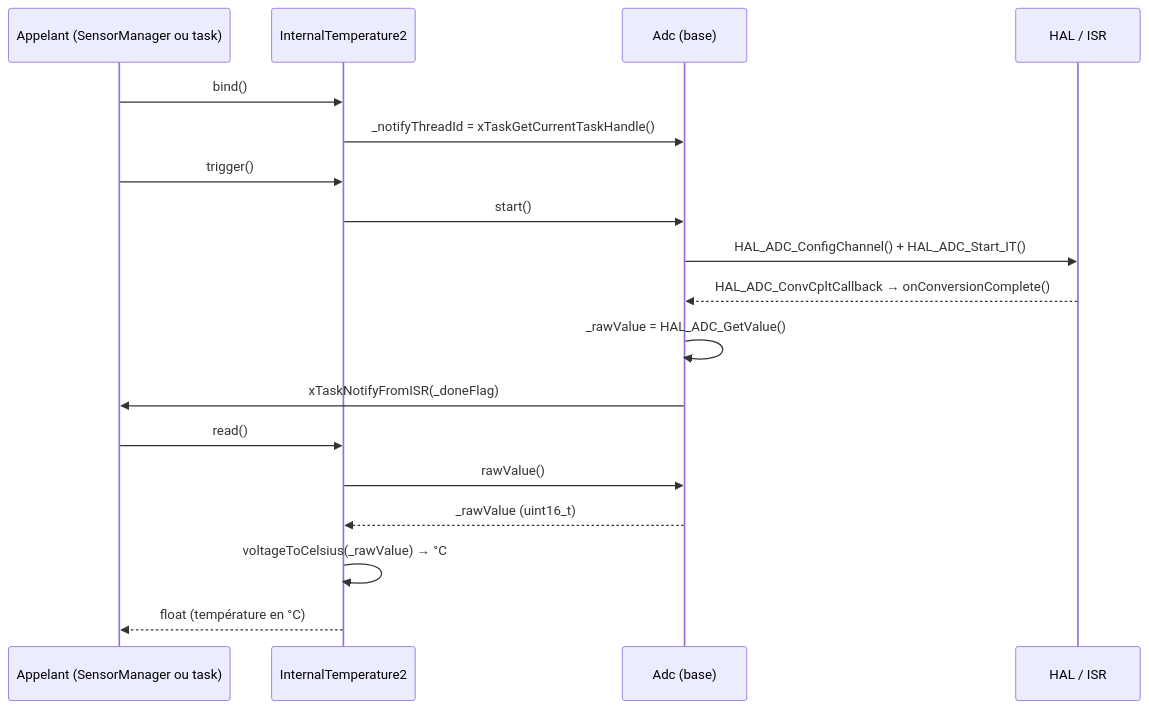
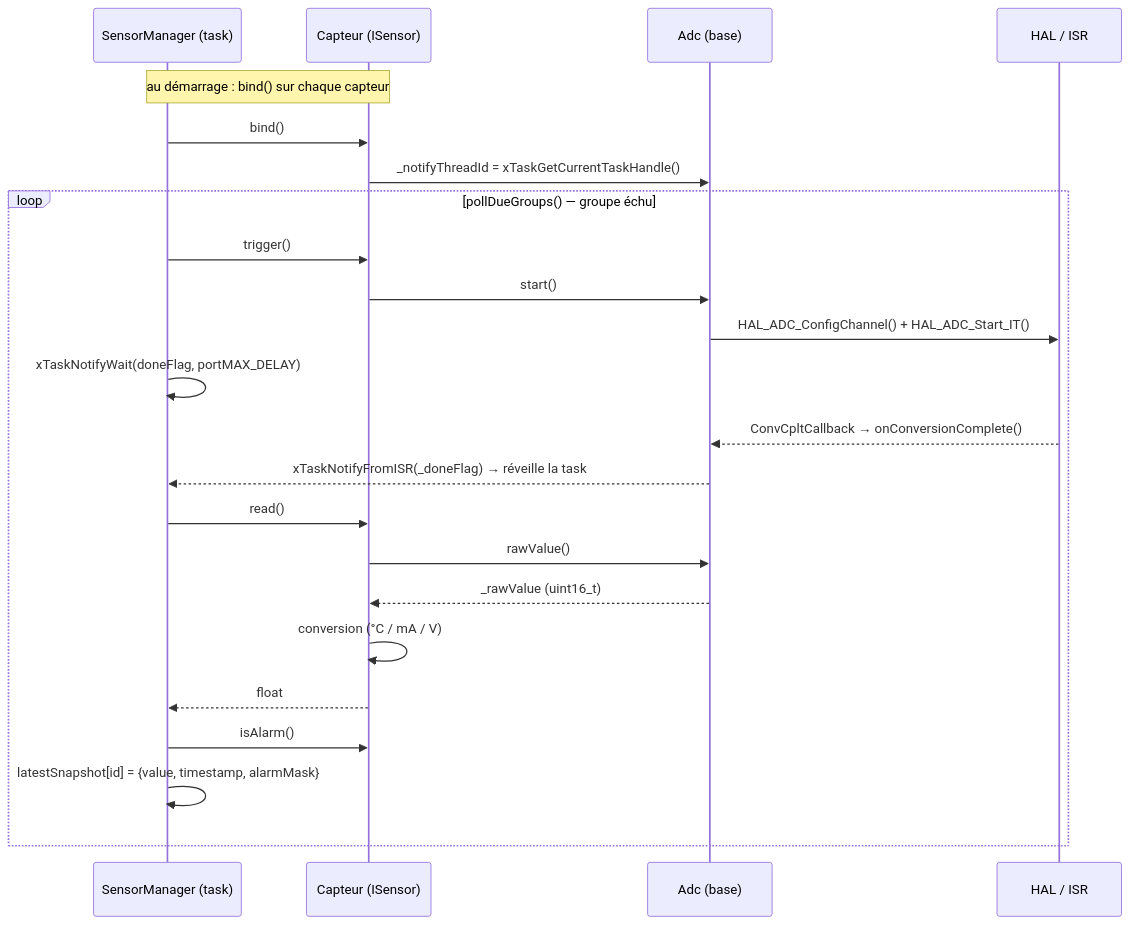
One commit to Soupalognon/Wall-A-Software changed the third of 3 diagrams in architecture_sensors2.md. Above: the diagram before and after it, drawn with Mermaid. The commit also changed other lines of this file and 10 other files, not shown here.

Commit message:
Complete refactor Adc system

````diff
--- a/architecture_sensors2.md
+++ b/architecture_sensors2.md
@@ -92,24 +122,29 @@
 ```mermaid
 sequenceDiagram
-    participant C  as Appelant (SensorManager ou task)
-    participant IT as InternalTemperature2
+    participant SM as SensorManager (task)
+    participant S  as Capteur (ISensor)
     participant A  as Adc (base)
     participant H  as HAL / ISR
 
-    C->>IT: bind()
-    IT->>A: _notifyThreadId = xTaskGetCurrentTaskHandle()
+    Note over SM,S: au démarrage : bind() sur chaque capteur
+    SM->>S: bind()
+    S->>A: _notifyThreadId = xTaskGetCurrentTaskHandle()
 
-    C->>IT: trigger()
-    IT->>A: start()
-    A->>H: HAL_ADC_ConfigChannel() + HAL_ADC_Start_IT()
+    loop pollDueGroups() — groupe échu
+        SM->>S: trigger()
+        S->>A: start()
+        A->>H: HAL_ADC_ConfigChannel() + HAL_ADC_Start_IT()
 
-    H-->>A: HAL_ADC_ConvCpltCallback → onConversionComplete()
-    A->>A: _rawValue = HAL_ADC_GetValue()
-    A->>C: xTaskNotifyFromISR(_doneFlag)
+        SM->>SM: xTaskNotifyWait(doneFlag, portMAX_DELAY)
+        H-->>A: ConvCpltCallback → onConversionComplete()
+        A-->>SM: xTaskNotifyFromISR(_doneFlag) → réveille la task
 
-    C->>IT: read()
-    IT->>A: rawValue()
-    A-->>IT: _rawValue (uint16_t)
-    IT->>IT: voltageToCelsius(_rawValue) → °C
-    IT-->>C: float (température en °C)
+        SM->>S: read()
+        S->>A: rawValue()
+        A-->>S: _rawValue (uint16_t)
+        S->>S: conversion (°C / mA / V)
+        S-->>SM: float
+        SM->>S: isAlarm()
+        SM->>SM: latestSnapshot[id] = {value, timestamp, alarmMask}
+    end
 ```
````
